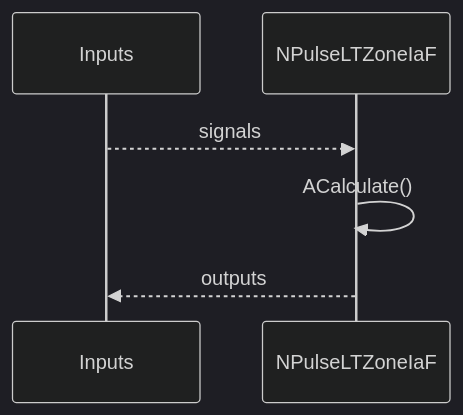
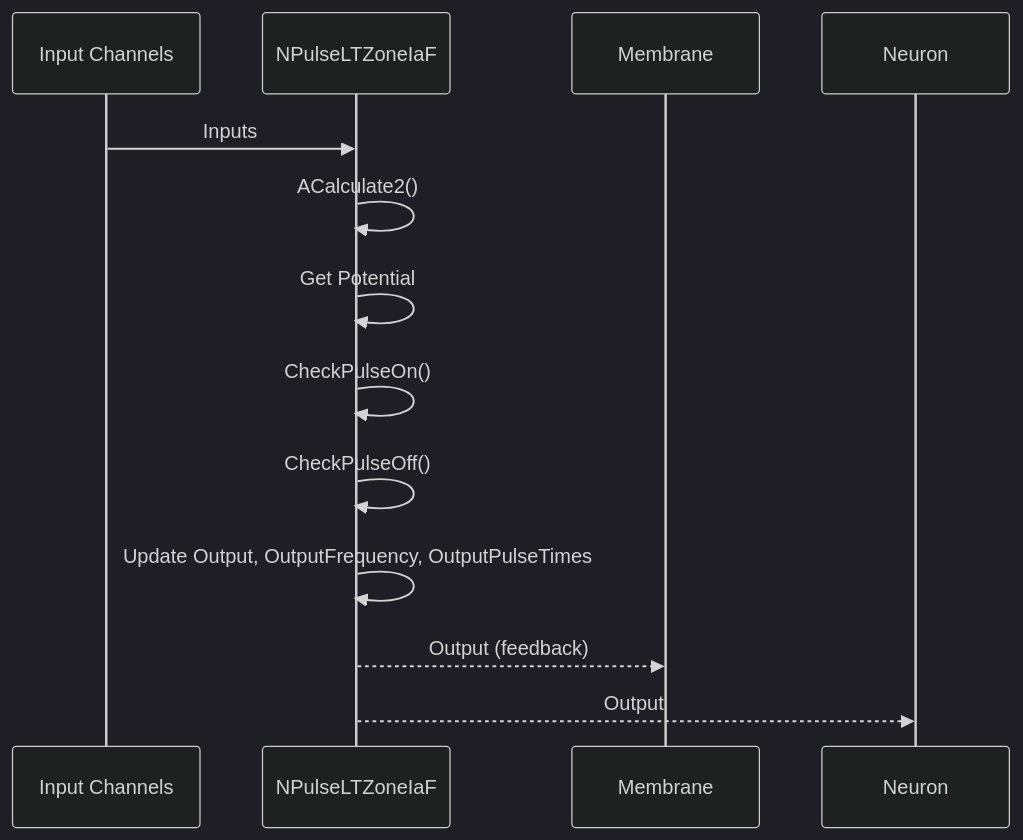
One commit to aicommunity/Nmsdk-PulseLib changed the seventh of 10 diagrams in Docs/Components/NPulseLTZoneIaF.md. Above: the diagram before and after it, drawn with Mermaid (dark theme). The commit also changed other lines of this file and 196 other files, not shown here.

````diff
--- a/Docs/Components/NPulseLTZoneIaF.md
+++ b/Docs/Components/NPulseLTZoneIaF.md
@@ -24,8 +316,16 @@
 ```mermaid
 sequenceDiagram
-    participant In as Inputs
-    participant X as NPulseLTZoneIaF
-    In-->>X: signals
-    X->>X: ACalculate()
-    X-->>In: outputs
+    participant Channels as Input Channels
+    participant LTZone as NPulseLTZoneIaF
+    participant Membrane
+    participant Neuron
+    
+    Channels->>LTZone: Inputs
+    LTZone->>LTZone: ACalculate2()
+    LTZone->>LTZone: Get Potential
+    LTZone->>LTZone: CheckPulseOn()
+    LTZone->>LTZone: CheckPulseOff()
+    LTZone->>LTZone: Update Output, OutputFrequency, OutputPulseTimes
+    LTZone-->>Membrane: Output (feedback)
+    LTZone-->>Neuron: Output
 ```
````
